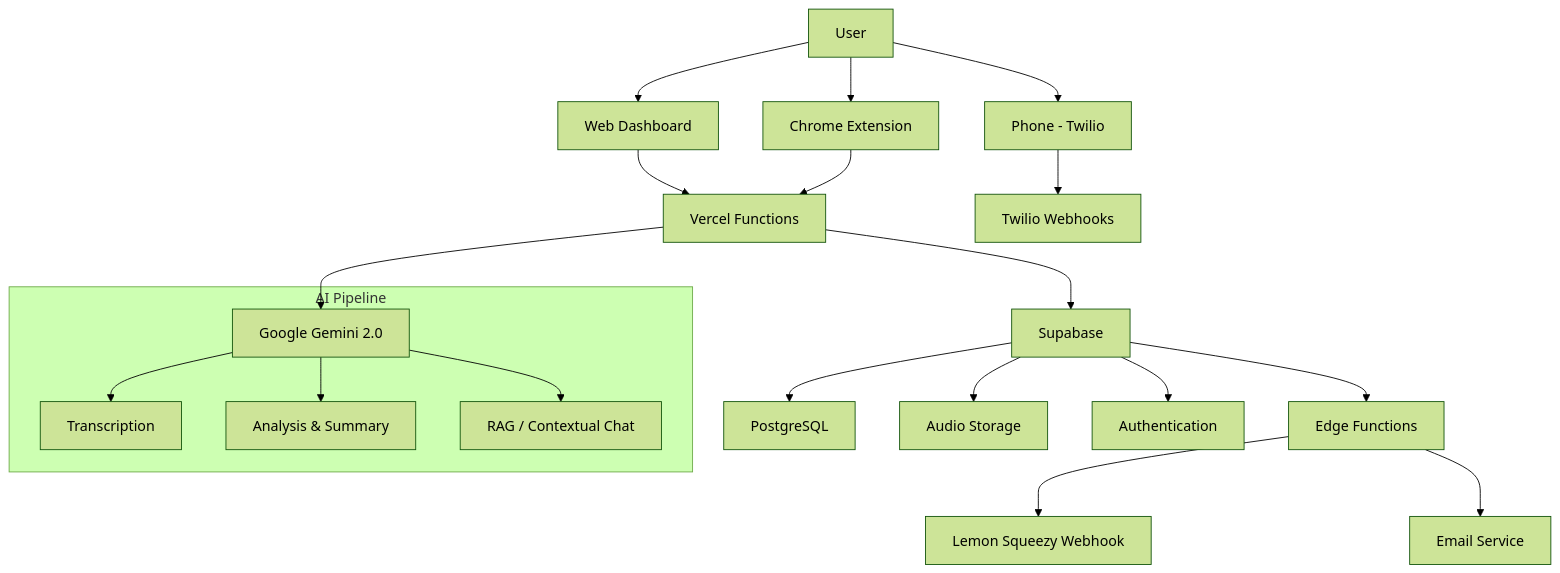
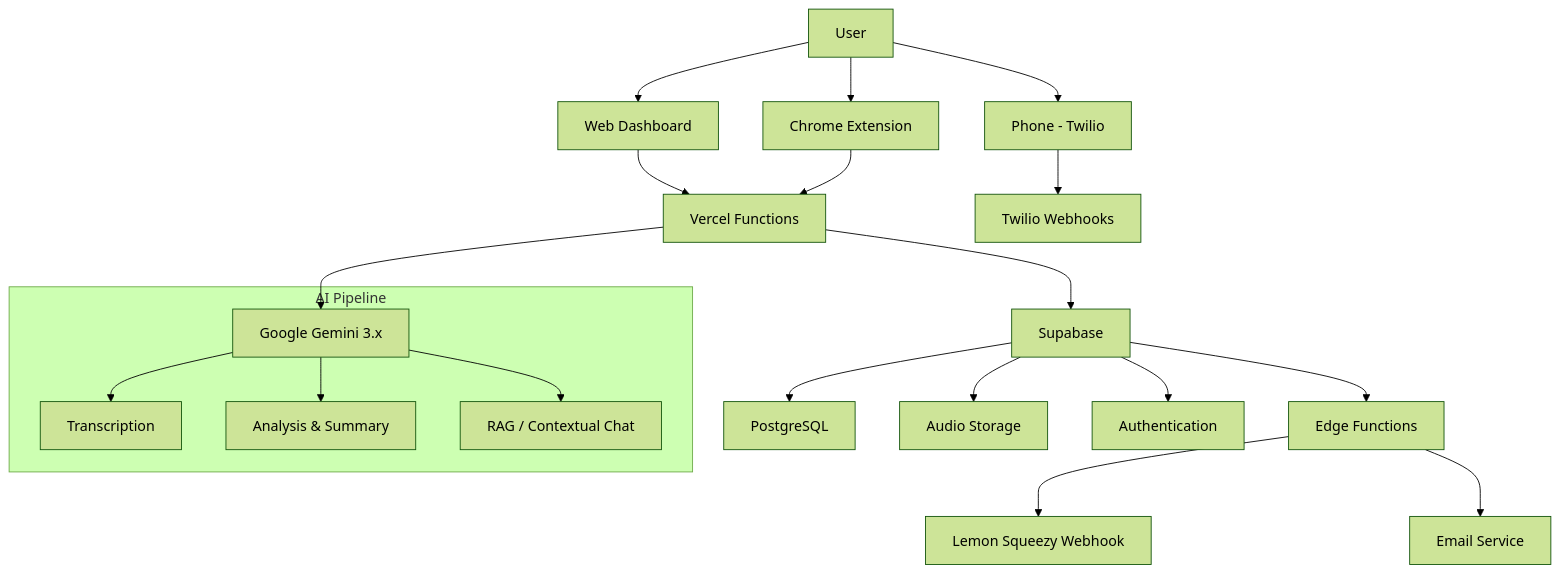
Before and after one commit to diegogalmarini/IntelliScribe: the diagram in README.md, drawn with Mermaid (forest theme). The commit also changed other lines of this file and 3 other files, not shown here.

````diff
--- a/README.md
+++ b/README.md
@@ -58,27 +66,27 @@
 ```mermaid
 graph TD
     User[User] --> Web[Web Dashboard]
     User --> Ext[Chrome Extension]
     User --> Phone[Phone - Twilio]
     
     Web --> Vercel[Vercel Functions]
     Ext --> Vercel
     Phone --> Webhook[Twilio Webhooks]
     
-    Vercel --> Gemini[Google Gemini 2.0]
+    Vercel --> Gemini[Google Gemini 3.x]
     Vercel --> Supabase[Supabase]
     
     Supabase --> DB[PostgreSQL]
     Supabase --> Storage[Audio Storage]
     Supabase --> Auth[Authentication]
     Supabase --> EdgeFn[Edge Functions]
     
     EdgeFn --> LemonWebhook[Lemon Squeezy Webhook]
     EdgeFn --> Resend[Email Service]
     
     subgraph "AI Pipeline"
         Gemini --> Transcribe[Transcription]
         Gemini --> Analyze[Analysis & Summary]
         Gemini --> RAG[RAG / Contextual Chat]
     end
 ```
````
